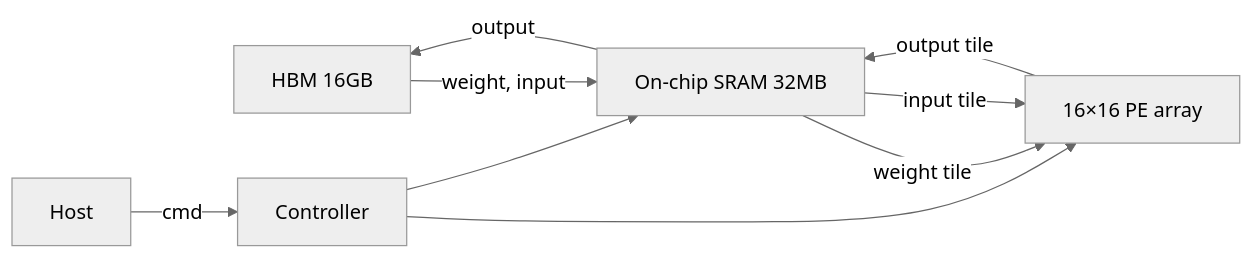
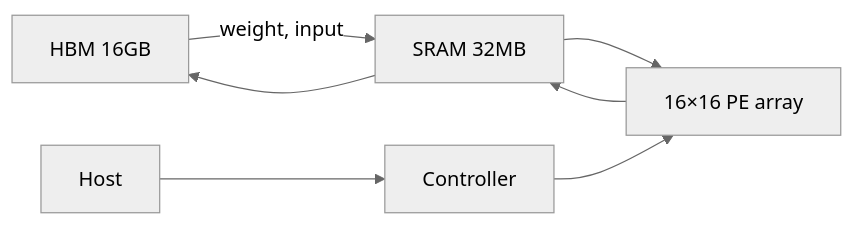
One commit to silenc3502/ai-chip-vibe-lab changed the diagram in week3/sessions/3-1.md. Above: the diagram before and after it, drawn with Mermaid (neutral theme). The commit also changed other lines of this file and 21 other files, not shown here.

````diff
--- a/week3/sessions/3-1.md
+++ b/week3/sessions/3-1.md
@@ -147,11 +116,9 @@
 ```mermaid
 flowchart LR
-    DRAM[HBM 16GB] -->|weight, input| SRAM[On-chip SRAM 32MB]
-    SRAM -->|weight tile| PE[16×16 PE array]
-    SRAM -->|input tile| PE
-    PE -->|output tile| SRAM
-    SRAM -->|output| DRAM
-    Host -->|cmd| Ctrl[Controller]
+    DRAM[HBM 16GB] -->|weight, input| SRAM[SRAM 32MB]
+    SRAM --> PE[16×16 PE array]
+    PE --> SRAM
+    SRAM --> DRAM
+    Host --> Ctrl[Controller]
     Ctrl --> PE
-    Ctrl --> SRAM
 ```
````
